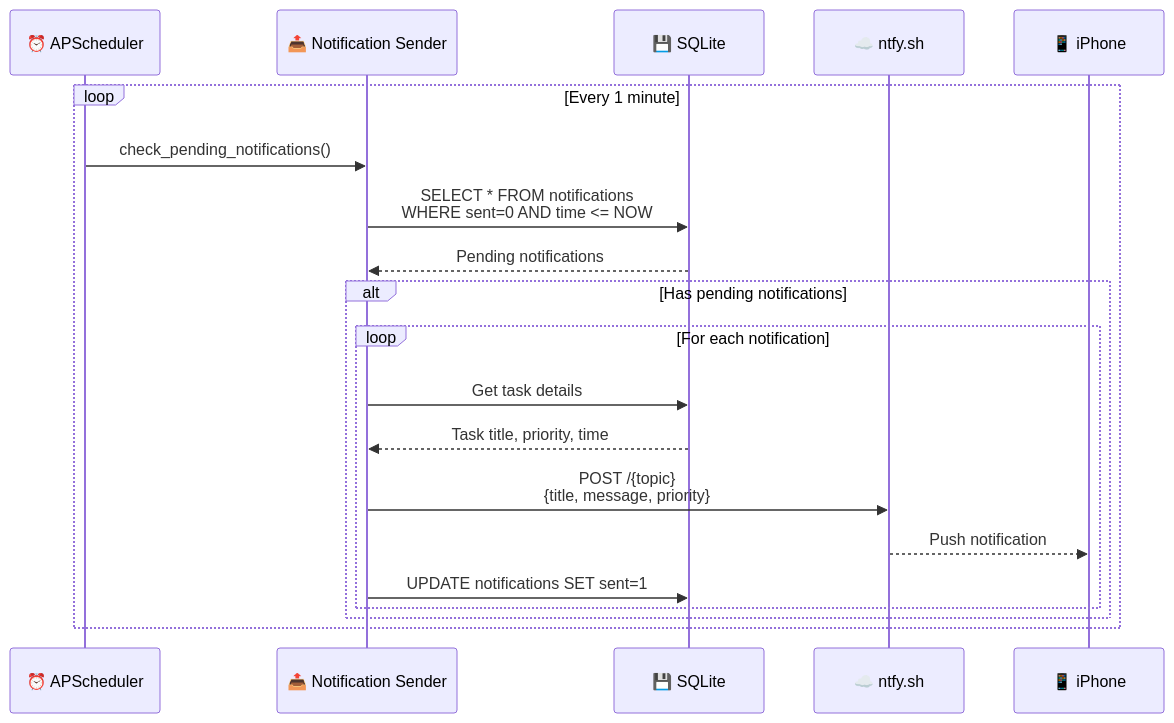
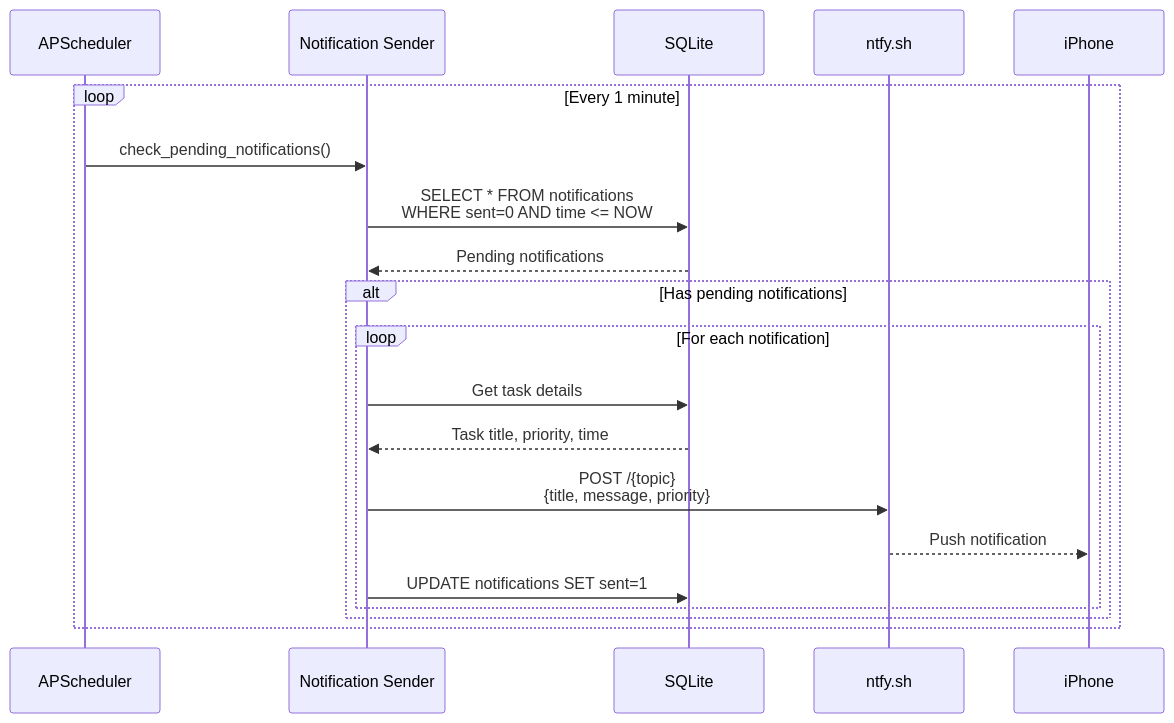
One commit to ngrabbs/schedule_manager changed the fourth of 6 diagrams in docs/architecture.md. Above: the diagram before and after it, drawn with Mermaid. The commit also changed other lines of this file and 5 other files, not shown here.

````diff
--- a/docs/architecture.md
+++ b/docs/architecture.md
@@ -163,24 +199,24 @@
 ```mermaid
 sequenceDiagram
-    participant Scheduler as ⏰ APScheduler
-    participant Sender as 📤 Notification Sender
-    participant DB as 💾 SQLite
-    participant ntfy as ☁️ ntfy.sh
-    participant Phone as 📱 iPhone
+    participant Scheduler as APScheduler
+    participant Sender as Notification Sender
+    participant DB as SQLite
+    participant ntfy as ntfy.sh
+    participant Phone as iPhone
 
     loop Every 1 minute
         Scheduler->>Sender: check_pending_notifications()
         Sender->>DB: SELECT * FROM notifications<br/>WHERE sent=0 AND time <= NOW
         DB-->>Sender: Pending notifications
         
         alt Has pending notifications
             loop For each notification
                 Sender->>DB: Get task details
                 DB-->>Sender: Task title, priority, time
                 Sender->>ntfy: POST /{topic}<br/>{title, message, priority}
                 ntfy-->>Phone: Push notification
                 Sender->>DB: UPDATE notifications SET sent=1
             end
         end
     end
 ```
````
